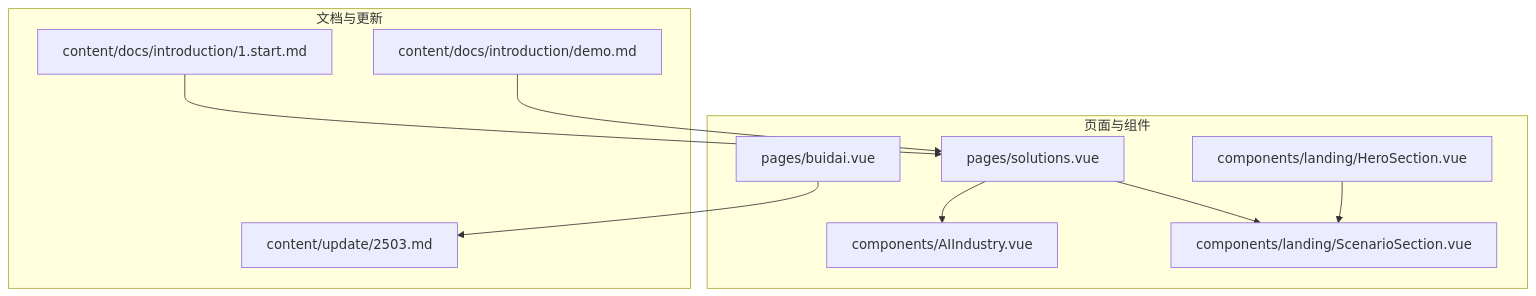
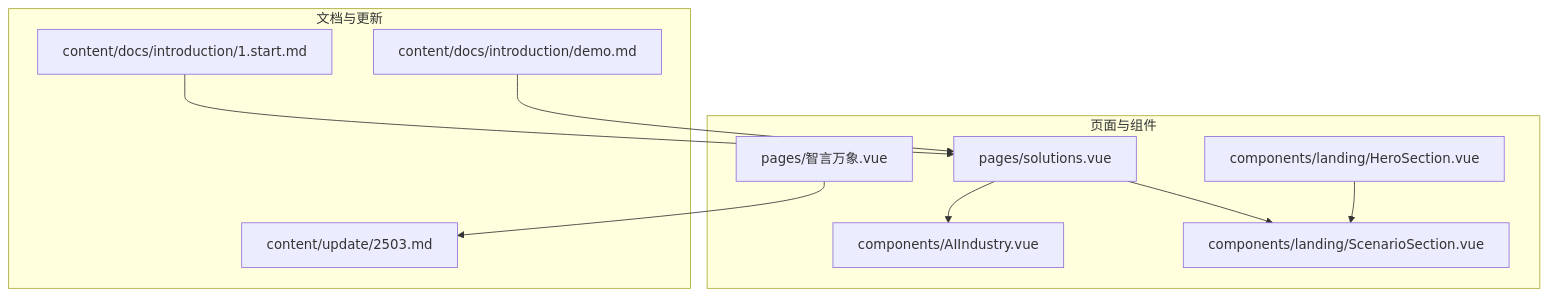
One commit to lllyyysss77/buidai changed the first of 6 diagrams in .qoder/repowiki/zh/content/核心功能/行业场景解决方案/企业级组织管理模块/行业落地实践.md. Above: the diagram before and after it, drawn with Mermaid. The commit also changed other lines of this file and 163 other files, not shown here.

````diff
--- a/.qoder/repowiki/zh/content/核心功能/行业场景解决方案/企业级组织管理模块/行业落地实践.md
+++ b/.qoder/repowiki/zh/content/核心功能/行业场景解决方案/企业级组织管理模块/行业落地实践.md
@@ -41,21 +41,21 @@
 ```mermaid
 graph TB
 subgraph "页面与组件"
 A["pages/solutions.vue"]
 B["components/AIIndustry.vue"]
 C["components/landing/ScenarioSection.vue"]
 D["components/landing/HeroSection.vue"]
-E["pages/buidai.vue"]
+E["pages/智言万象.vue"]
 end
 subgraph "文档与更新"
 F["content/docs/introduction/1.start.md"]
 G["content/docs/introduction/demo.md"]
 H["content/update/2503.md"]
 end
 A --> B
 A --> C
 D --> C
 E --> H
 F --> A
 G --> A
 ```
````
